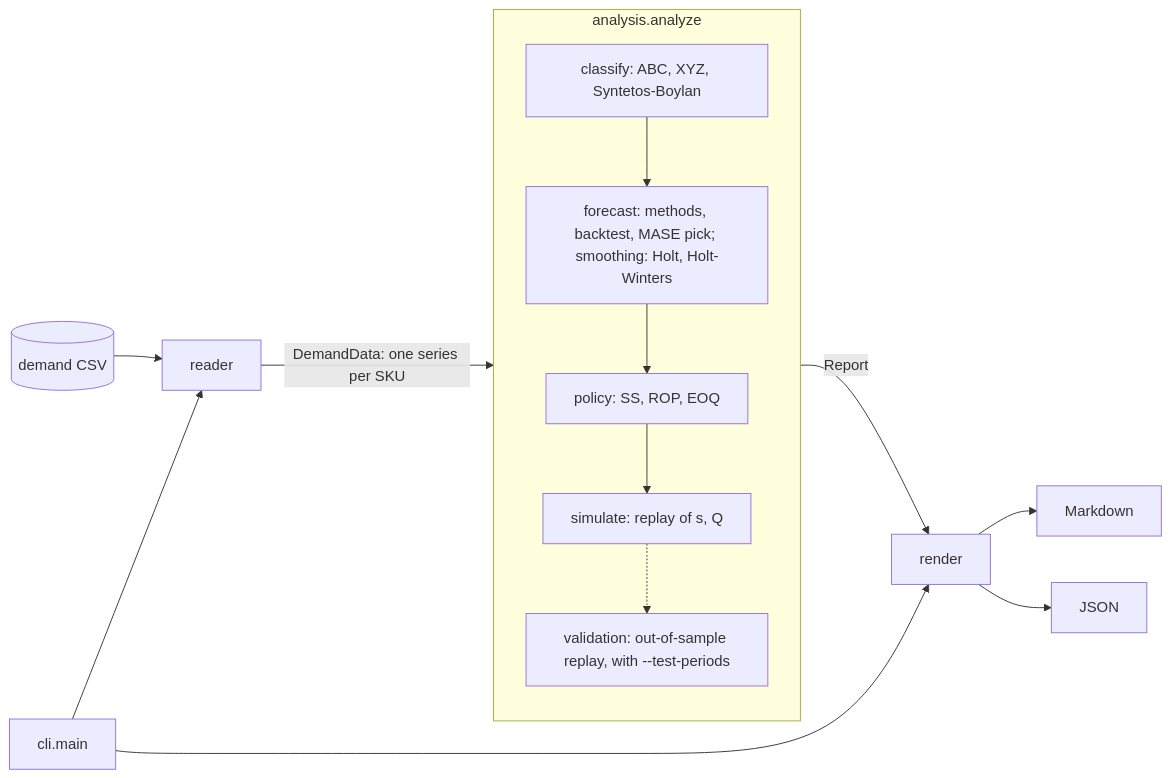
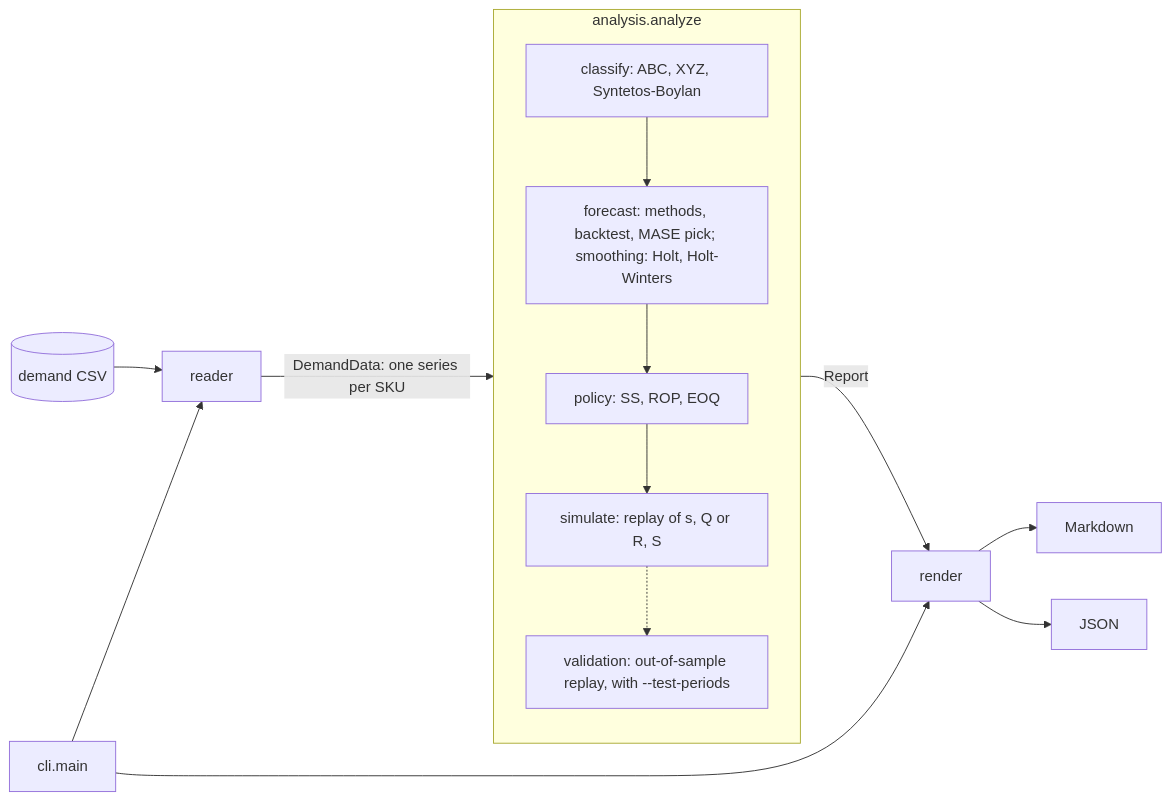
Before and after one commit to rodrix91/inventory-policy-lab: the diagram in README.md, drawn with Mermaid. The commit also changed other lines of this file and 3 other files, not shown here.

````diff
--- a/README.md
+++ b/README.md
@@ -377,19 +430,19 @@
 ```mermaid
 flowchart LR
     CSV[(demand CSV)] --> reader
     reader -->|DemandData: one series per SKU| analysis
     subgraph analysis [analysis.analyze]
         classify[classify: ABC, XYZ, Syntetos-Boylan]
         forecast[forecast: methods, backtest, MASE pick; smoothing: Holt, Holt-Winters]
         policy[policy: SS, ROP, EOQ]
-        simulate[simulate: replay of s, Q]
+        simulate[simulate: replay of s, Q or R, S]
         validation[validation: out-of-sample replay, with --test-periods]
         classify --> forecast --> policy --> simulate
         simulate -.-> validation
     end
     analysis -->|Report| render
     render --> MD[Markdown]
     render --> JSON[JSON]
     cli[cli.main] --> reader
     cli --> render
 ```
````
